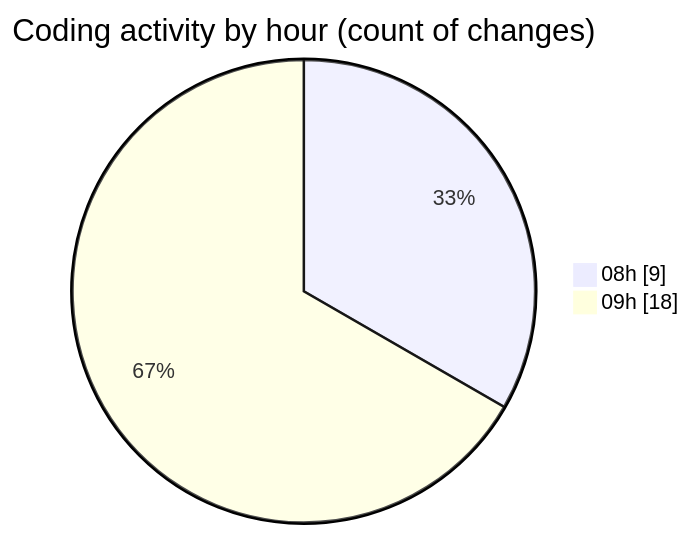
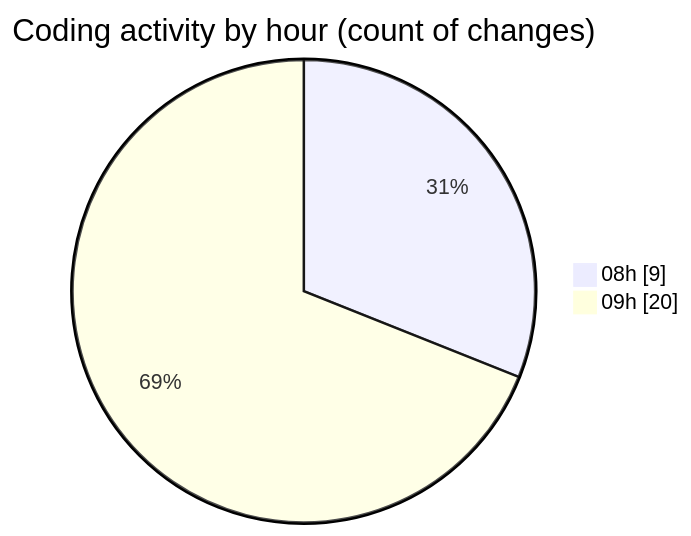
The second of 2 diagrams in 2026-03-20/newspaper-child/README.md (momahboobian/code-tracking), drawn with Mermaid before and after one commit. The commit also changed other lines of this file and 1 other file, not shown here.

````diff
--- a/2026-03-20/newspaper-child/README.md
+++ b/2026-03-20/newspaper-child/README.md
@@ -40,6 +40,6 @@
 ```mermaid
 pie showData
 title Coding activity by hour (count of changes)
 "08h" : 9
-"09h" : 18
+"09h" : 20
 ```
````
